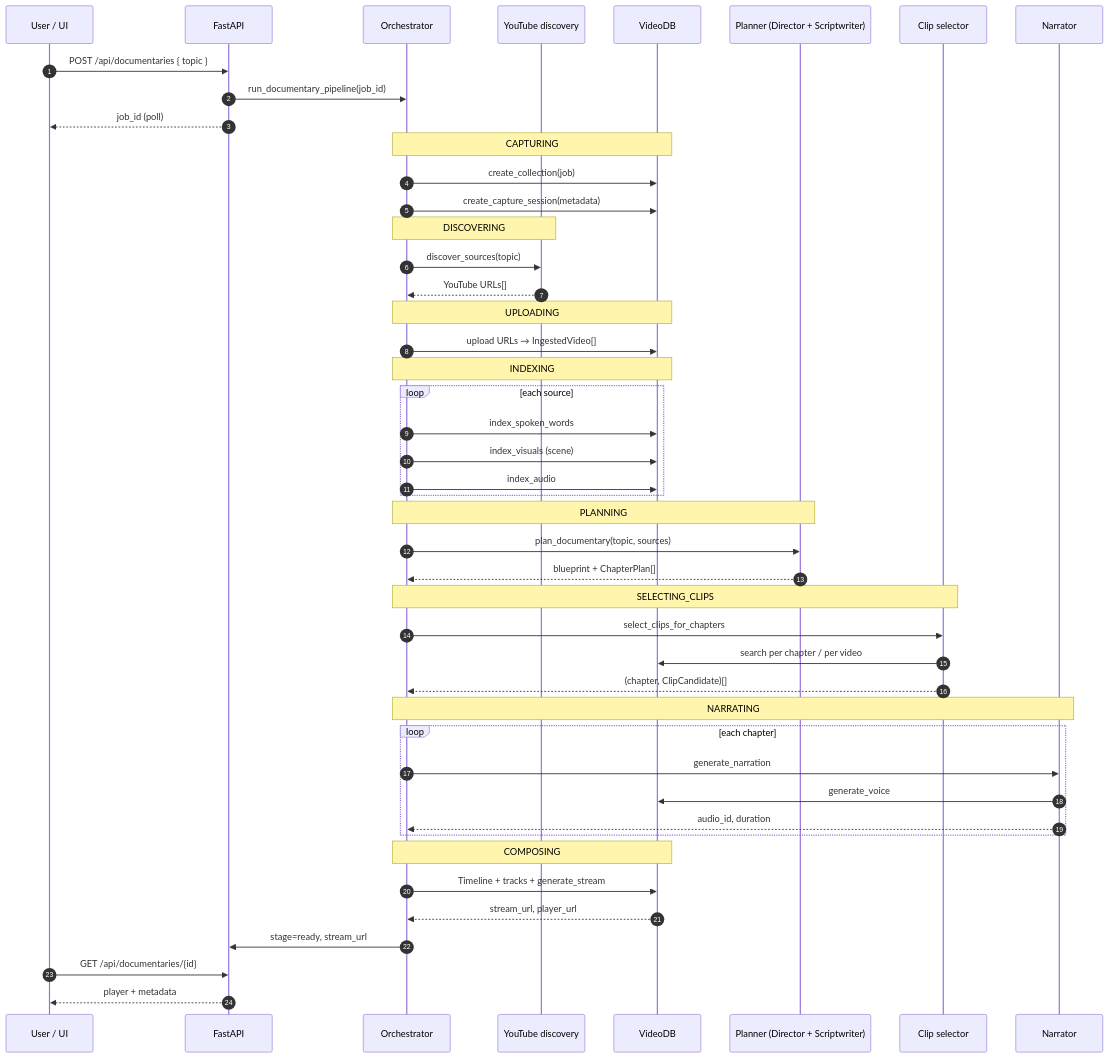
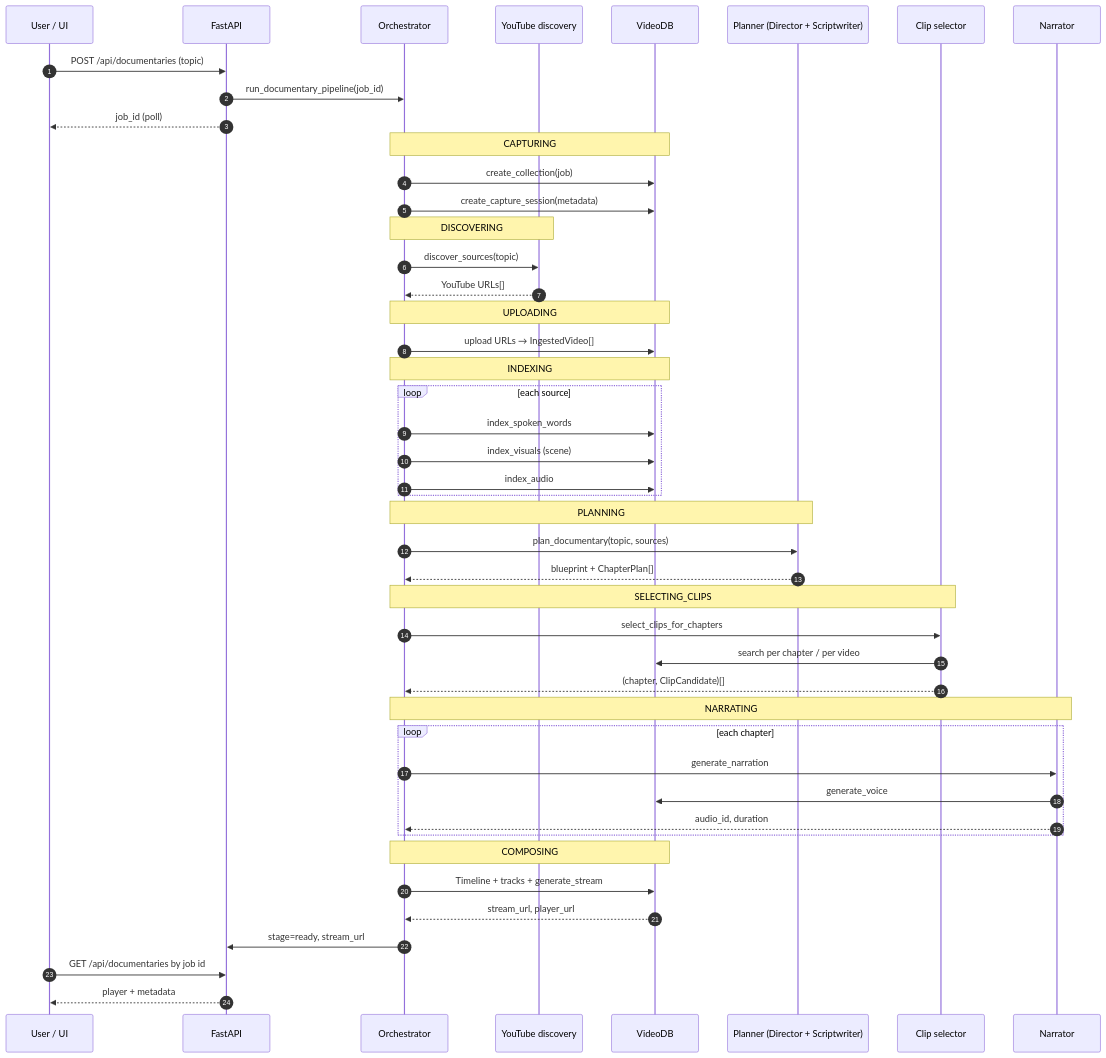
One commit to Krishan111/Continuum-Agentic_Documentary_Studio changed the third of 9 diagrams in ARCHITECTURE.md. Above: the diagram before and after it, drawn with Mermaid. The commit also changed other lines of this file, not shown here.

Commit message:
solving a little issue in architecture.md

````diff
--- a/ARCHITECTURE.md
+++ b/ARCHITECTURE.md
@@ -124,58 +124,58 @@
 ```mermaid
 sequenceDiagram
   autonumber
   participant U as User / UI
   participant API as FastAPI
   participant O as Orchestrator
   participant D as YouTube discovery
   participant V as VideoDB
   participant P as Planner (Director + Scriptwriter)
   participant C as Clip selector
   participant N as Narrator
 
-  U->>API: POST /api/documentaries { topic }
+  U->>API: POST /api/documentaries (topic)
   API->>O: run_documentary_pipeline(job_id)
   API-->>U: job_id (poll)
 
   Note over O,V: CAPTURING
   O->>V: create_collection(job)
   O->>V: create_capture_session(metadata)
 
   Note over O,D: DISCOVERING
   O->>D: discover_sources(topic)
   D-->>O: YouTube URLs[]
 
   Note over O,V: UPLOADING
   O->>V: upload URLs → IngestedVideo[]
 
   Note over O,V: INDEXING
   loop each source
     O->>V: index_spoken_words
     O->>V: index_visuals (scene)
     O->>V: index_audio
   end
 
   Note over O,P: PLANNING
   O->>P: plan_documentary(topic, sources)
   P-->>O: blueprint + ChapterPlan[]
 
   Note over O,C: SELECTING_CLIPS
   O->>C: select_clips_for_chapters
   C->>V: search per chapter / per video
   C-->>O: (chapter, ClipCandidate)[]
 
   Note over O,N: NARRATING
   loop each chapter
     O->>N: generate_narration
     N->>V: generate_voice
     N-->>O: audio_id, duration
   end
 
   Note over O,V: COMPOSING
   O->>V: Timeline + tracks + generate_stream
   V-->>O: stream_url, player_url
 
   O->>API: stage=ready, stream_url
-  U->>API: GET /api/documentaries/{id}
+  U->>API: GET /api/documentaries by job id
   API-->>U: player + metadata
 ```
````
